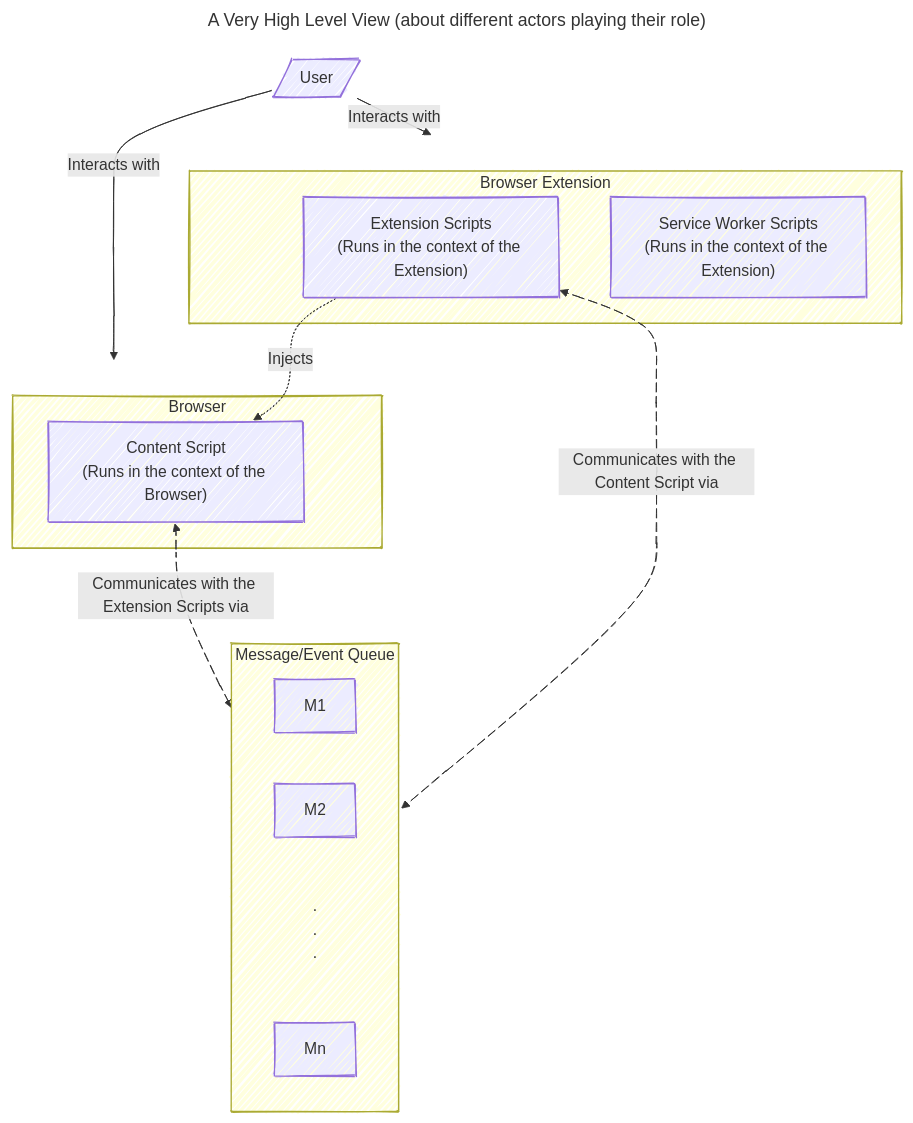
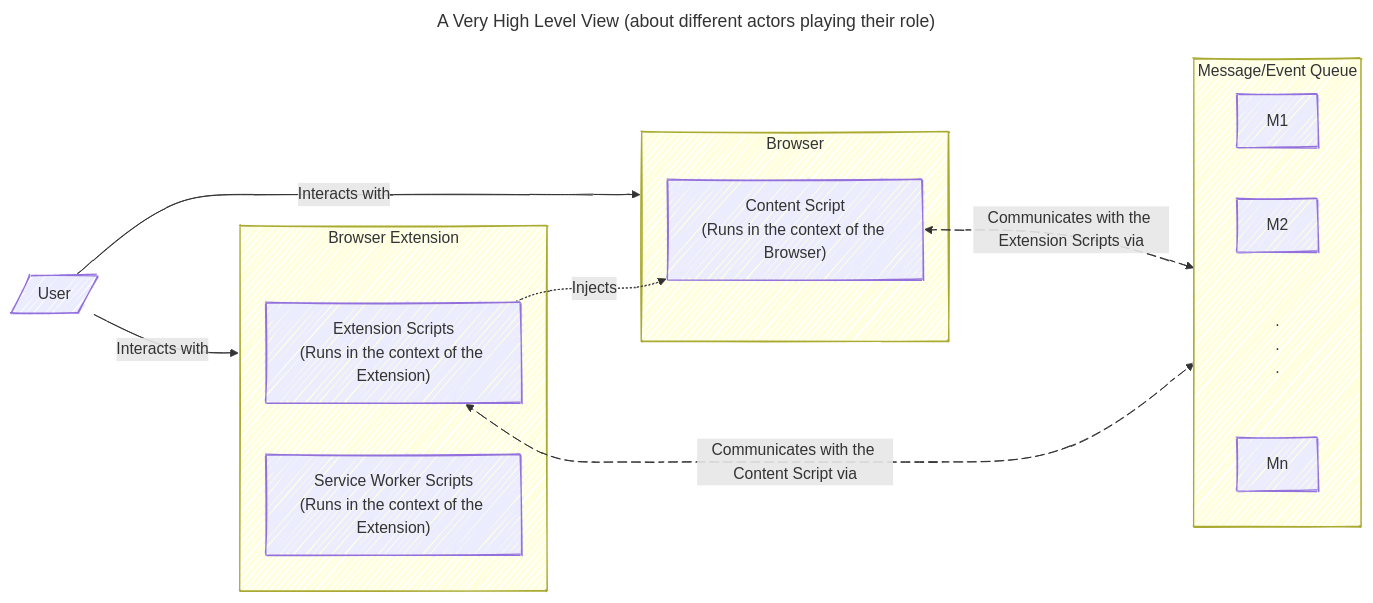
The first of 4 diagrams in README.md (SantoshKShettyApps/git-flow-2-forked), drawn with Mermaid before and after one commit.

````diff
--- a/README.md
+++ b/README.md
@@ -4,32 +4,33 @@
 ```mermaid
 ---
 title: A Very High Level View (about different actors playing their role)
 config:
   look: handDrawn
 ---
-graph TD
+%%{init: { 'flowchart': { 'diagramPadding': 40 } }%%
+graph LR
   subgraph B [Browser]
     CS["Content Script\n(Runs in the context of the Browser)"]
   end
   subgraph BE [Browser Extension]
     ES["Extension Scripts\n(Runs in the context of the Extension)"]
     SW["Service Worker Scripts\n(Runs in the context of the Extension)"]
   end
   subgraph MQ [Message/Event Queue]
     direction LR
     M1
     M2
     M@{ shape: text, label: ".\n.\n." }
     Mn
   end
 
   U[/User/] --> |Interacts with| B
   U --> |Interacts with| BE
   ES -.-> |Injects| CS
   CS e1@<--> |Communicates with the Extension Scripts via| MQ
   ES e2@<--> |Communicates with the Content Script via| MQ
   e1@{ animate: true }
   e2@{ animate: true }
   classDef flowchartPadder paddingBottom: 100
   class MQ flowchartPadder
 ```
````
